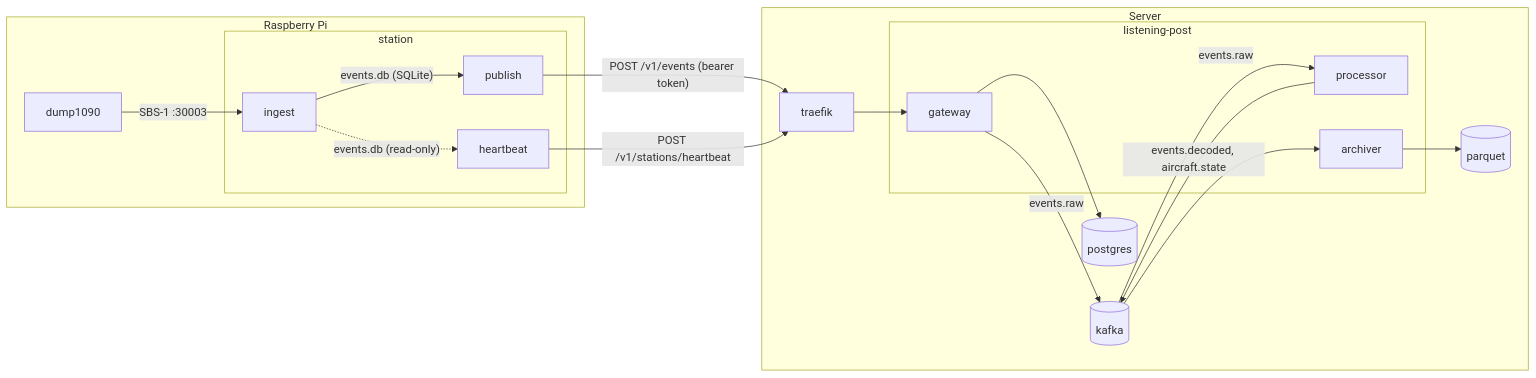
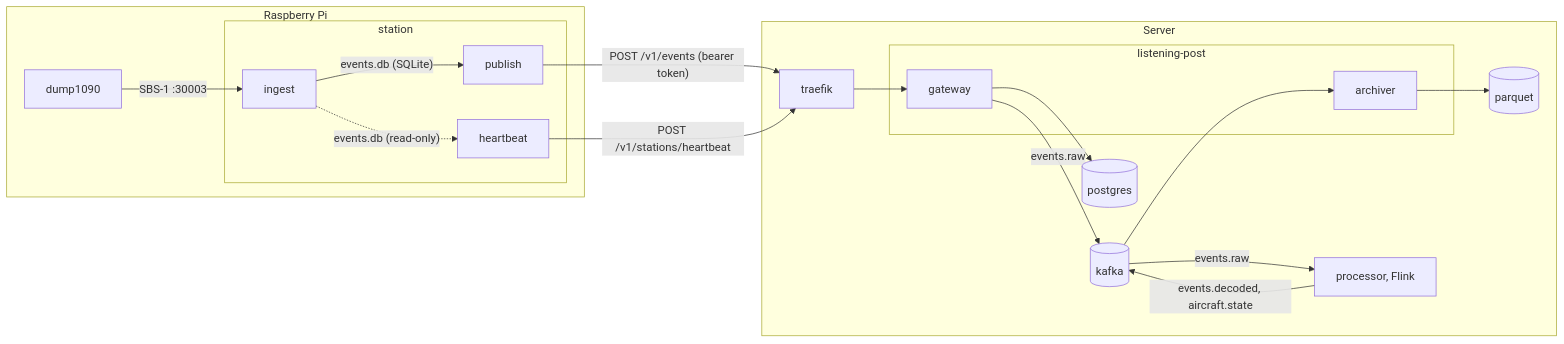
The diagram in README.md (matthew-vance/listening-post), drawn with Mermaid before and after one commit. The commit also changed other lines of this file and 25 other files, not shown here.

Commit message:
make the flink job the only processor

````diff
--- a/README.md
+++ b/README.md
@@ -7,27 +7,26 @@
 ```mermaid
 flowchart LR
     subgraph pi [Raspberry Pi]
         subgraph station
             ingest
             publish
             heartbeat
         end
         dump1090 -- "SBS-1 :30003" --> ingest
         ingest -- "events.db (SQLite)" --> publish
         ingest -. "events.db (read-only)" .-> heartbeat
     end
     subgraph server [Server]
         subgraph binary [listening-post]
             gateway
-            processor
             archiver
         end
         traefik --> gateway
         gateway --> postgres[(postgres)]
         gateway -- "events.raw" --> kafka[(kafka)]
         kafka --> archiver --> archive[(parquet)]
-        kafka -- "events.raw" --> processor -- "events.decoded, aircraft.state" --> kafka
+        kafka -- "events.raw" --> processor[processor, Flink] -- "events.decoded, aircraft.state" --> kafka
     end
     publish -- "POST /v1/events (bearer token)" --> traefik
     heartbeat -- "POST /v1/stations/heartbeat" --> traefik
 ```
````
